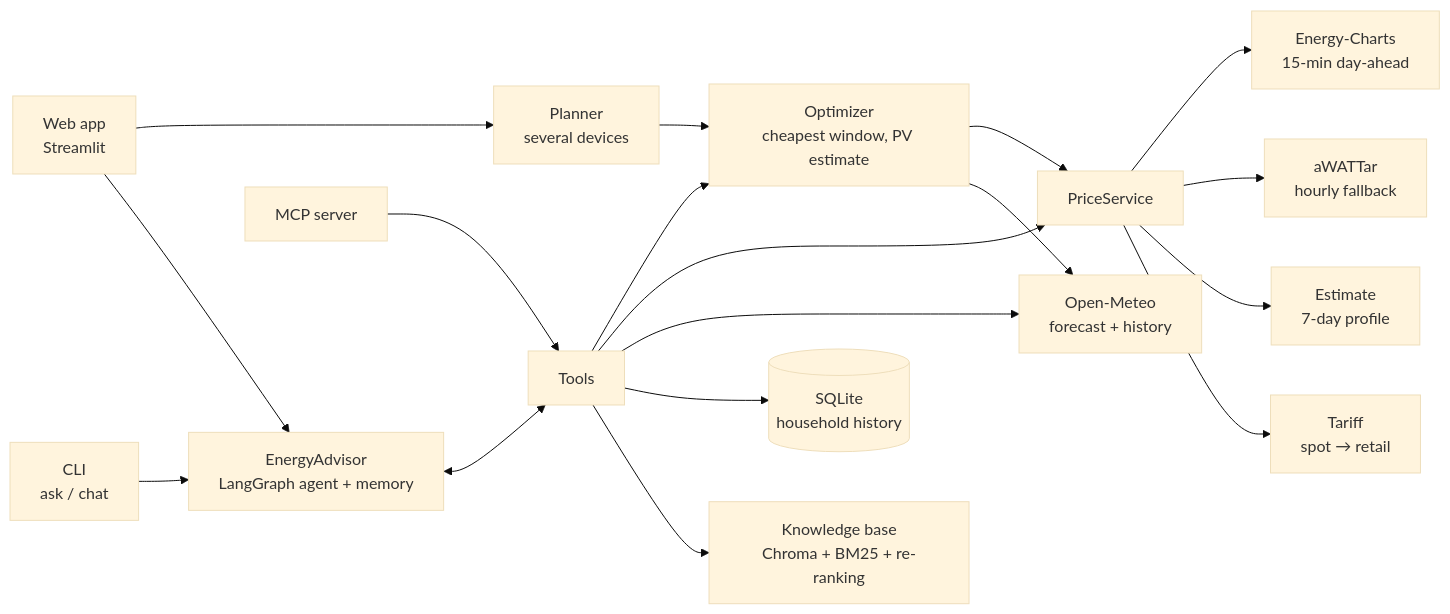
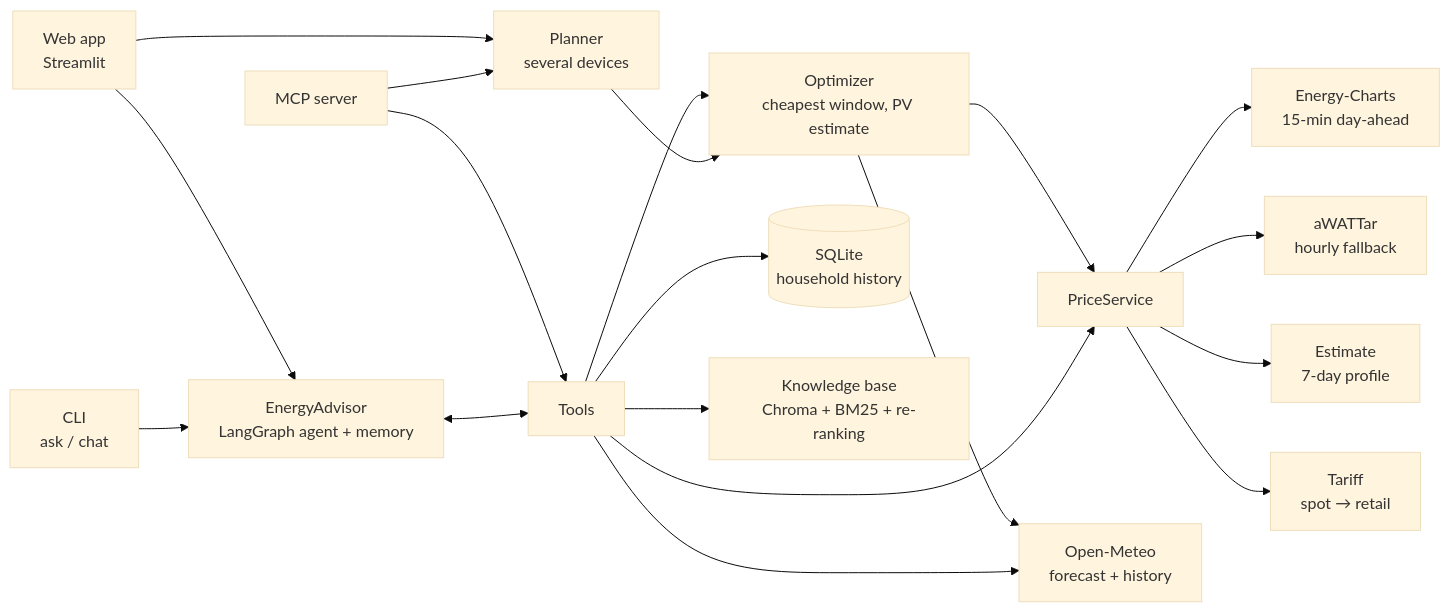
Before and after one commit to tohver/solar-ev-energy-optimizer-agent-langgraph: the diagram in README.md, drawn with Mermaid (base theme). The commit also changed other lines of this file, not shown here.

Commit message:
docs: README fixes (15-min prices, MCP planner link, CI triggers, uv run, tool usage)

````diff
--- a/README.md
+++ b/README.md
@@ -65,20 +65,21 @@
 ```mermaid
 flowchart LR
     APP[Web app<br/>Streamlit] --> PL[Planner<br/>several devices]
     APP --> A
     CLI[CLI<br/>ask / chat] --> A[EnergyAdvisor<br/>LangGraph agent + memory]
     MCP[MCP server] --> T
+    MCP --> PL
     A <--> T[Tools]
     T --> O[Optimizer<br/>cheapest window, PV estimate]
     PL --> O
     O --> P[PriceService]
     T --> P
     P --> EC[Energy-Charts<br/>15-min day-ahead]
     P --> AW[aWATTar<br/>hourly fallback]
     P --> ES[Estimate<br/>7-day profile]
     P --> TR[Tariff<br/>spot → retail]
     O --> W[Open-Meteo<br/>forecast + history]
     T --> W
     T --> R[(SQLite<br/>household history)]
     T --> KB[Knowledge base<br/>Chroma + BM25 + re-ranking]
 ```
````
